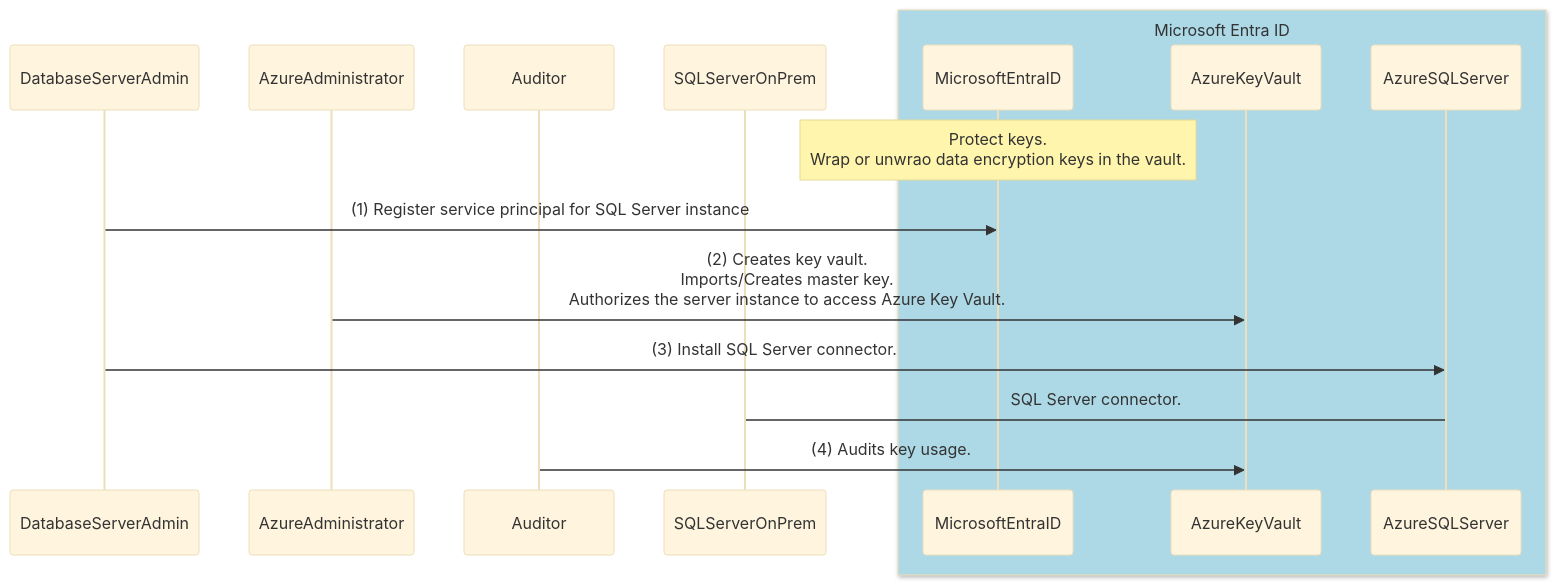
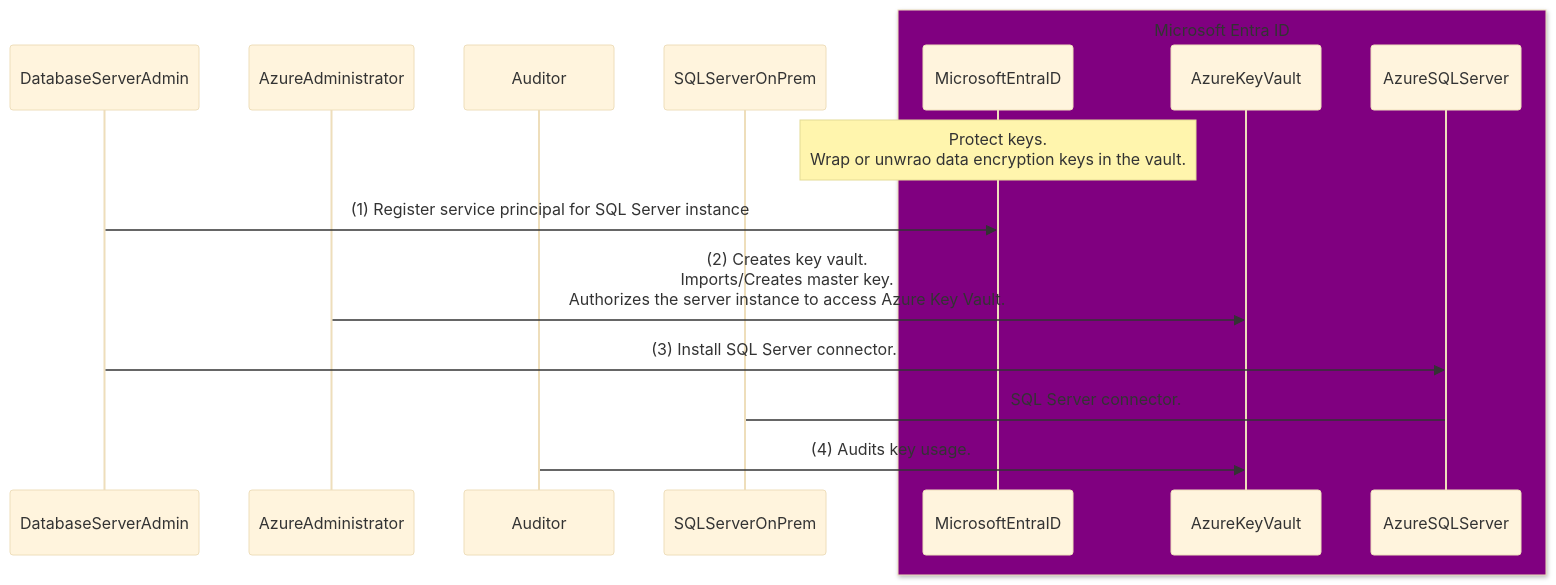
Before and after one commit to sonnyayran/dac-mermaid: the diagram in README.md, drawn with Mermaid (base theme).

````diff
--- a/README.md
+++ b/README.md
@@ -47,19 +47,19 @@
 ```mermaid
 sequenceDiagram
     participant DatabaseServerAdmin
     participant AzureAdministrator
     participant Auditor
     participant SQLServerOnPrem
-    box lightblue Microsoft Entra ID  
+    box purple Microsoft Entra ID  
         participant MicrosoftEntraID
         participant AzureKeyVault
         participant AzureSQLServer
     end
     note over MicrosoftEntraID: Protect keys.<br/> Wrap or unwrao data encryption keys in the vault.
     DatabaseServerAdmin->>MicrosoftEntraID: (1) Register service principal for SQL Server instance
     AzureAdministrator->>AzureKeyVault: (2) Creates key vault.<br/> Imports/Creates master key.<br/> Authorizes the server instance to access Azure Key Vault.
     DatabaseServerAdmin->>AzureSQLServer: (3) Install SQL Server connector.
     SQLServerOnPrem->AzureSQLServer: SQL Server connector.
     Auditor->>AzureKeyVault: (4) Audits key usage.
 
 ```
````
